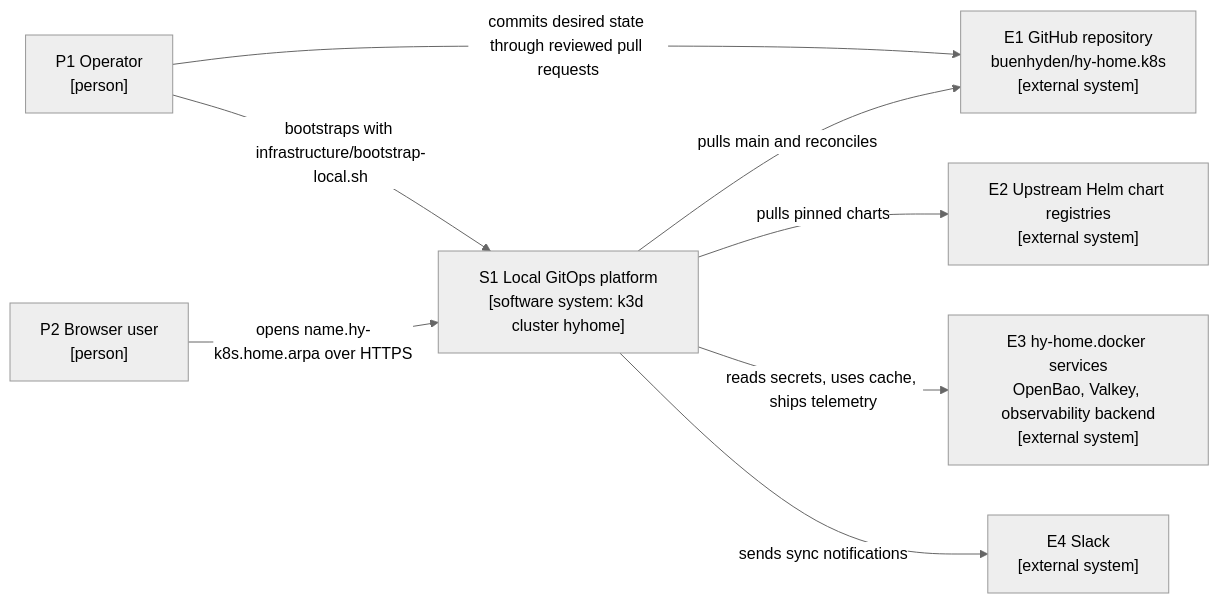
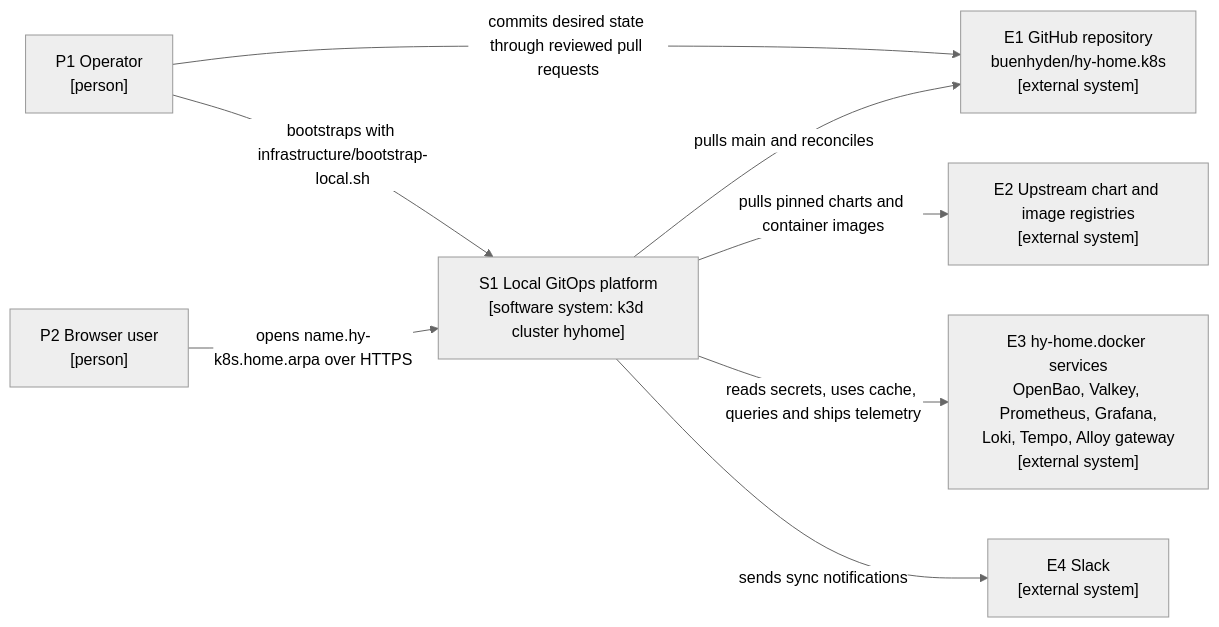
The first of 2 diagrams in docs/02.architecture/descriptions/0007-current-local-gitops-platform.md (buenhyden/hy-home.k8s), drawn with Mermaid (neutral theme) before and after one commit. The commit also changed other lines of this file, not shown here.

First line of the commit message:
docs(architecture): complete the AD-0007 dependencies after review

````diff
--- a/docs/02.architecture/descriptions/0007-current-local-gitops-platform.md
+++ b/docs/02.architecture/descriptions/0007-current-local-gitops-platform.md
@@ -94,17 +98,17 @@
 ```mermaid
 flowchart LR
   P1["P1 Operator<br/>[person]"]
   P2["P2 Browser user<br/>[person]"]
   S1["S1 Local GitOps platform<br/>[software system: k3d cluster hyhome]"]
   E1["E1 GitHub repository<br/>buenhyden/hy-home.k8s<br/>[external system]"]
-  E2["E2 Upstream Helm chart registries<br/>[external system]"]
-  E3["E3 hy-home.docker services<br/>OpenBao, Valkey, observability backend<br/>[external system]"]
+  E2["E2 Upstream chart and image registries<br/>[external system]"]
+  E3["E3 hy-home.docker services<br/>OpenBao, Valkey, Prometheus, Grafana,<br/>Loki, Tempo, Alloy gateway<br/>[external system]"]
   E4["E4 Slack<br/>[external system]"]
   P1 -->|"commits desired state through reviewed pull requests"| E1
   P1 -->|"bootstraps with infrastructure/bootstrap-local.sh"| S1
   P2 -->|"opens name.hy-k8s.home.arpa over HTTPS"| S1
   S1 -->|"pulls main and reconciles"| E1
-  S1 -->|"pulls pinned charts"| E2
-  S1 -->|"reads secrets, uses cache, ships telemetry"| E3
+  S1 -->|"pulls pinned charts and container images"| E2
+  S1 -->|"reads secrets, uses cache, queries and ships telemetry"| E3
   S1 -->|"sends sync notifications"| E4
 ```
````
